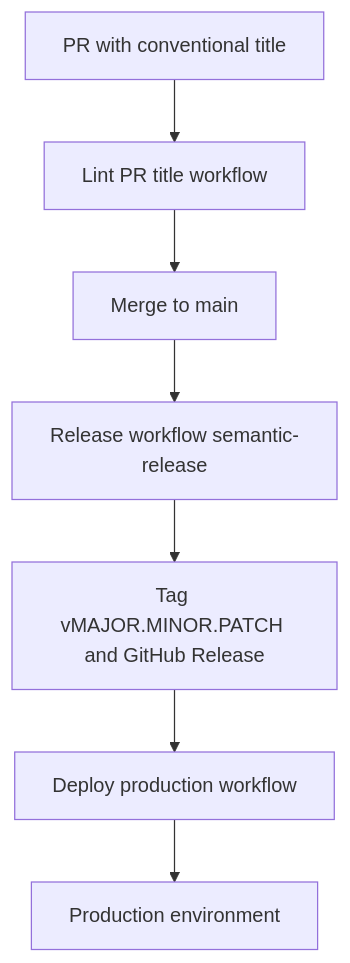
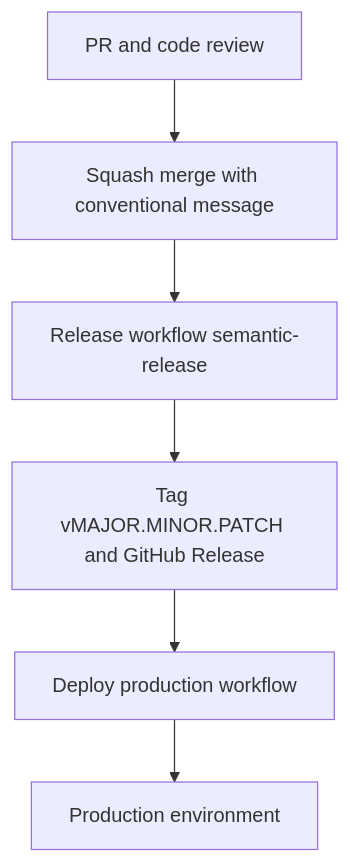
The diagram in docs/release-cicd-senior-brief.md (TejasCoditas/cicd-calculator-app), drawn with Mermaid before and after one commit. The commit also changed other lines of this file and 3 other files, not shown here.

````diff
--- a/docs/release-cicd-senior-brief.md
+++ b/docs/release-cicd-senior-brief.md
@@ -23,17 +23,15 @@
 ```mermaid
 flowchart TD
-  pr[PR with conventional title]
-  lint[Lint PR title workflow]
-  merge[Merge to main]
+  pr[PR and code review]
+  merge[Squash merge with conventional message]
   rel[Release workflow semantic-release]
   tag[Tag vMAJOR.MINOR.PATCH and GitHub Release]
   dep[Deploy production workflow]
   prod[Production environment]
 
-  pr --> lint
-  lint --> merge
+  pr --> merge
   merge --> rel
   rel --> tag
   tag --> dep
   dep --> prod
 ```
````
